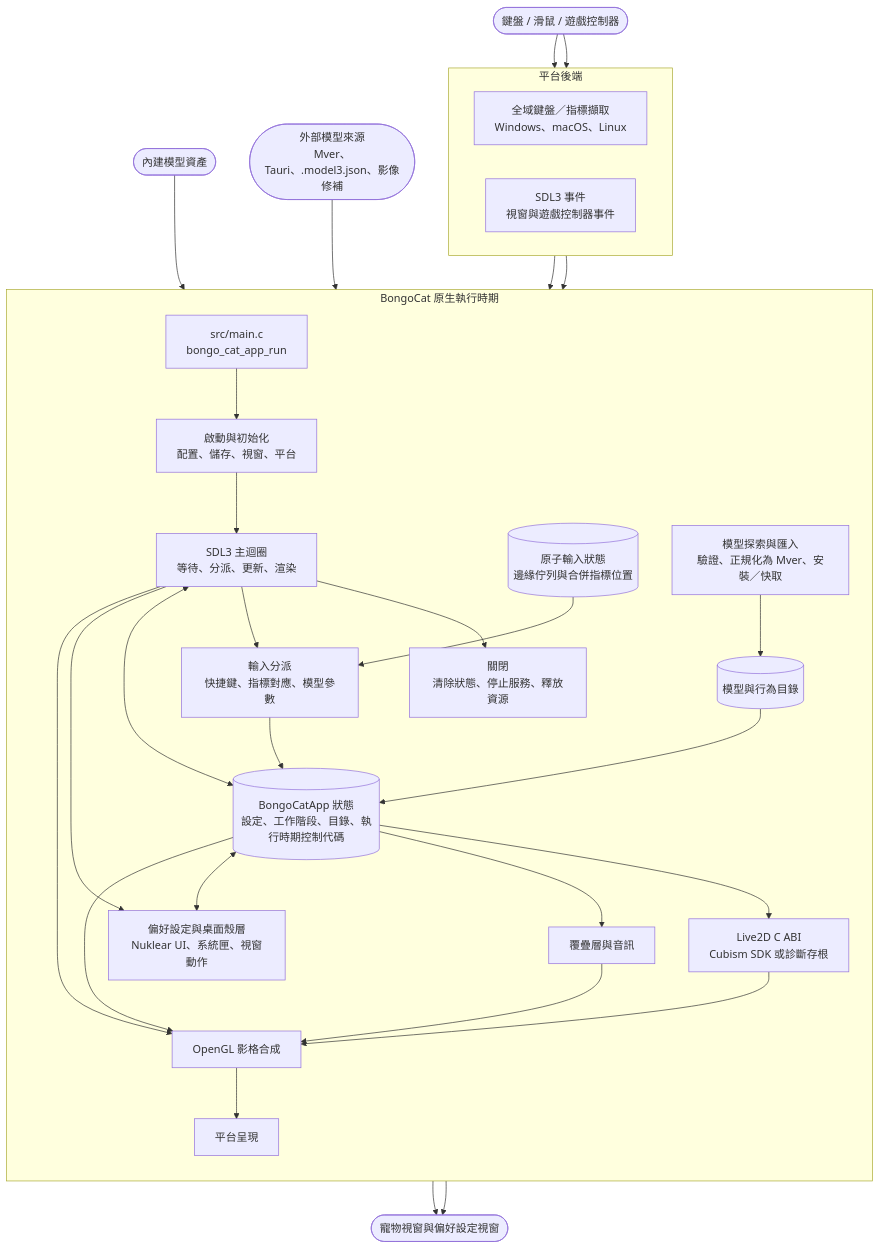
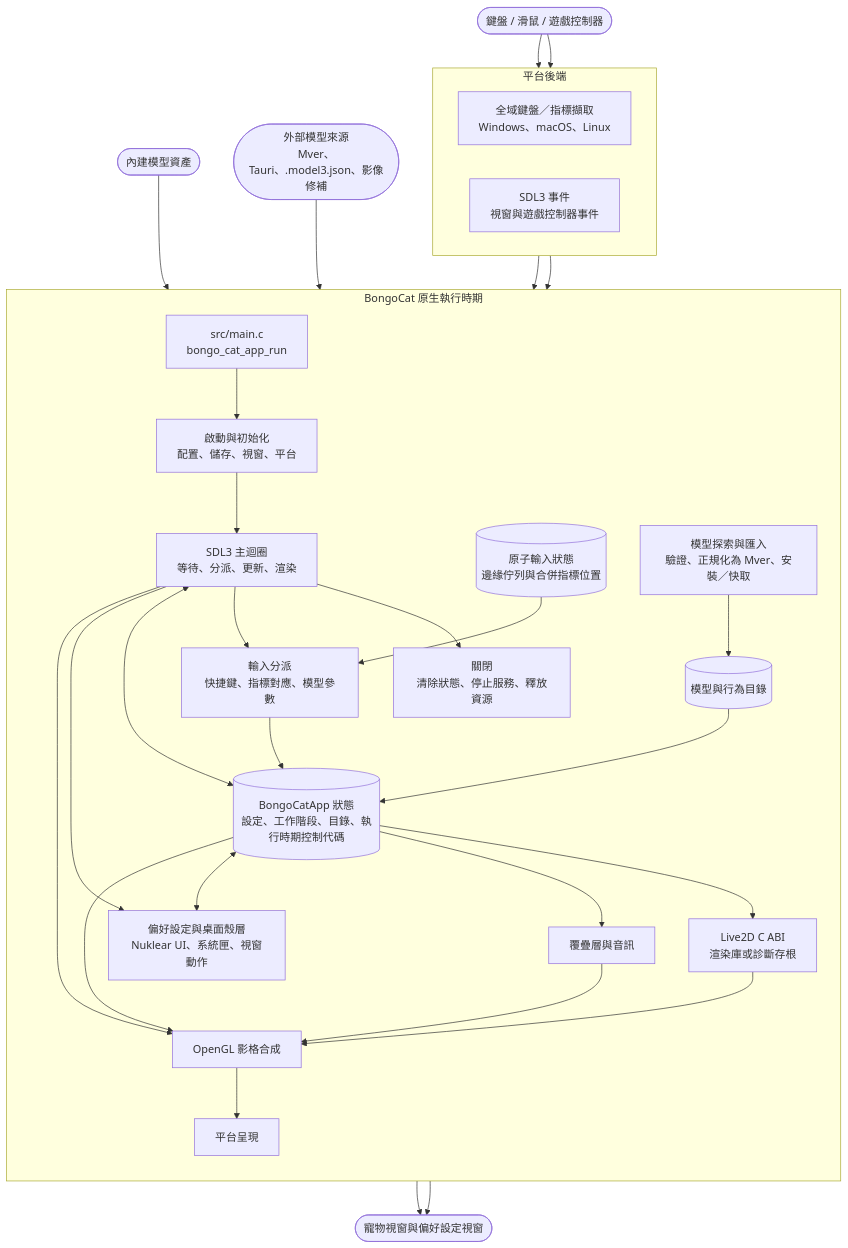
The diagram in docs/README.zh-Hant.md (TianMengLucky/BongoCat-X), drawn with Mermaid before and after one commit. The commit also changed other lines of this file and 62 other files, not shown here.

Commit message:
feat. Live2D SDK but Plugin mode

````diff
--- a/docs/README.zh-Hant.md
+++ b/docs/README.zh-Hant.md
@@ -211,53 +211,53 @@
 ```mermaid
 flowchart TB
   Input(["鍵盤 / 滑鼠 / 遊戲控制器"])
   BuiltIn(["內建模型資產"])
   Sources(["外部模型來源<br/>Mver、Tauri、.model3.json、影像修補"])
   Desktop(["寵物視窗與偏好設定視窗"])
 
   subgraph Runtime["BongoCat 原生執行時期"]
     direction TB
     Entry["src/main.c<br/>bongo_cat_app_run"]
     Startup["啟動與初始化<br/>配置、儲存、視窗、平台"]
     Loop["SDL3 主迴圈<br/>等待、分派、更新、渲染"]
     Shutdown["關閉<br/>清除狀態、停止服務、釋放資源"]
     InputQueue[("原子輸入狀態<br/>邊緣佇列與合併指標位置")]
     InputDispatch["輸入分派<br/>快捷鍵、指標對應、模型參數"]
     State[("BongoCatApp 狀態<br/>設定、工作階段、目錄、執行時期控制代碼")]
     Import["模型探索與匯入<br/>驗證、正規化為 Mver、安裝／快取"]
     Catalog[("模型與行為目錄")]
-    Live2D["Live2D C ABI<br/>Cubism SDK 或診斷存根"]
+    Live2D["Live2D C ABI<br/>渲染庫或診斷存根"]
     Overlay["覆疊層與音訊"]
     Preferences["偏好設定與桌面殼層<br/>Nuklear UI、系統匣、視窗動作"]
     Compose["OpenGL 影格合成"]
     Present["平台呈現"]
 
     Entry --> Startup --> Loop
     Loop --> Shutdown
     Loop --> InputDispatch --> State
     Loop <--> State
     State --> Live2D
     State --> Overlay
     State <--> Preferences
     Loop --> Preferences
     Catalog --> State
     State --> Compose
     Live2D --> Compose
     Overlay --> Compose
     Compose --> Present
     Loop --> Compose
   end
 
   subgraph Platform["平台後端"]
     direction LR
     Global["全域鍵盤／指標擷取<br/>Windows、macOS、Linux"]
     SDL["SDL3 事件<br/>視窗與遊戲控制器事件"]
   end
 
   Input --> Global --> InputQueue --> InputDispatch
   Input --> SDL --> Loop
   BuiltIn --> Catalog
   Sources --> Import --> Catalog
   Present --> Desktop
   Preferences --> Desktop
 ```
````
